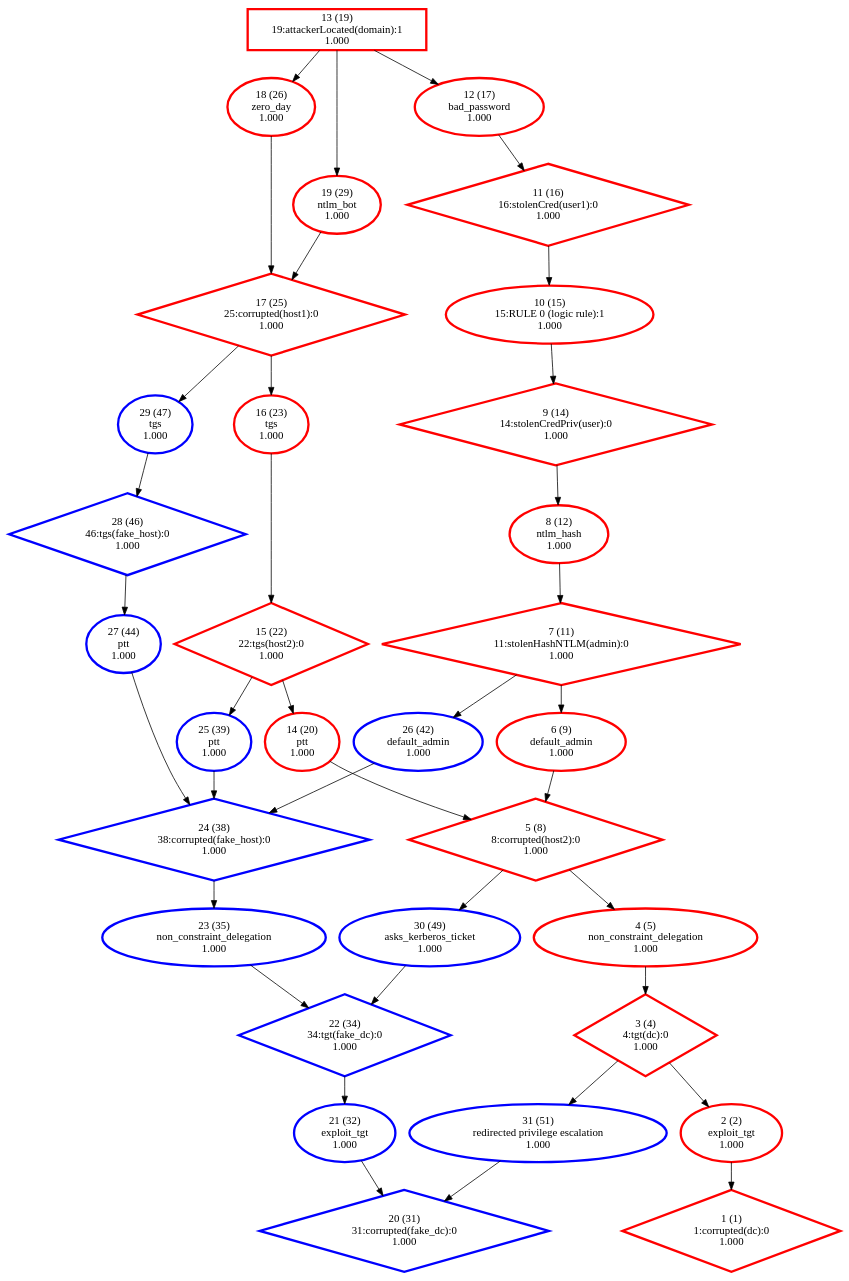
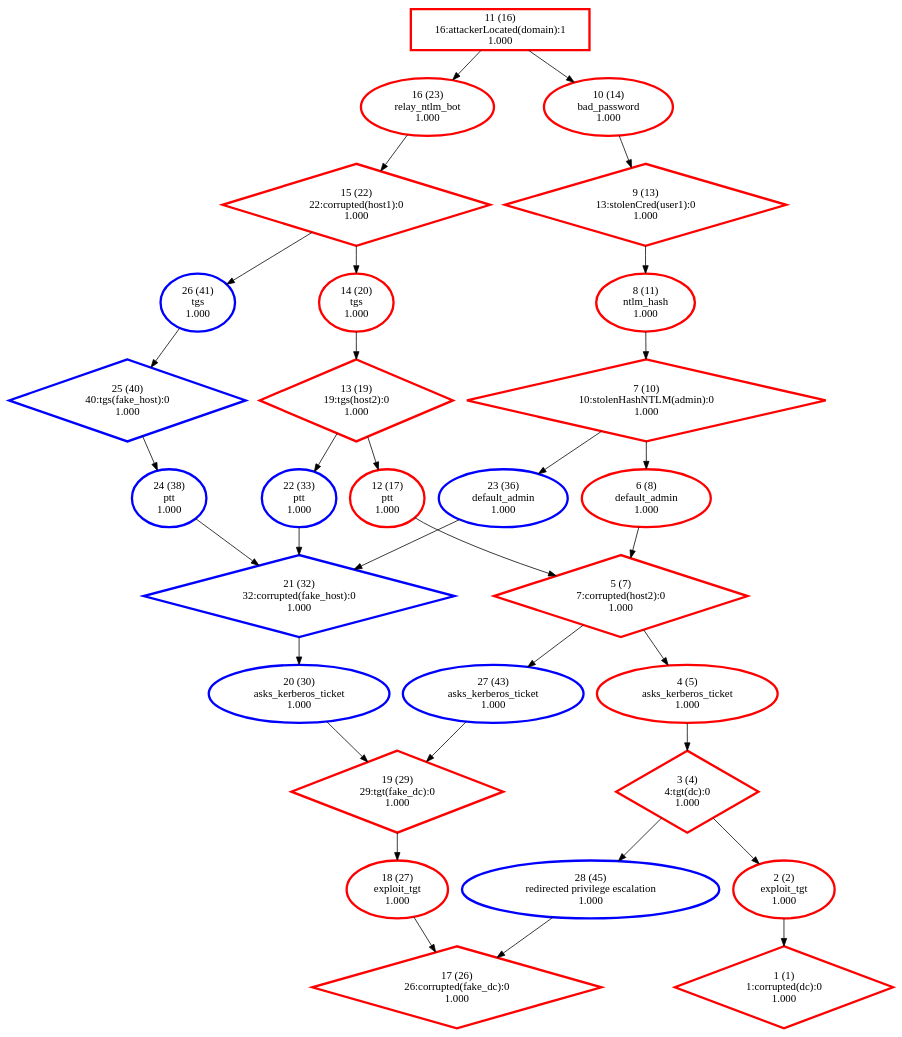
One commit to NathanaeldeLaChesnais/attacker_profiling_for_BAG_with_honeypots changed the diagram in Personnal_simulations/output_HightLevel/strongly_connected_components/BAG_ref.dot. Above: the diagram before and after it, drawn with Graphviz. The commit also changed 34 other files, not shown here.

```diff
--- a/Personnal_simulations/output_HightLevel/strongly_connected_components/BAG_ref.dot
+++ b/Personnal_simulations/output_HightLevel/strongly_connected_components/BAG_ref.dot
@@ -1,69 +1,62 @@
 digraph G {
   1 [label="1 (1)\n1:corrupted(dc):0\n1.000", color="#FF0000", penwidth=3, shape="diamond"];
   2 [label="2 (2)\nexploit_tgt\n1.000", color="#FF0000", penwidth=3, shape="ellipse"];
   3 [label="3 (4)\n4:tgt(dc):0\n1.000", color="#FF0000", penwidth=3, shape="diamond"];
-  4 [label="4 (5)\nnon_constraint_delegation\n1.000", color="#FF0000", penwidth=3, shape="ellipse"];
-  5 [label="5 (8)\n8:corrupted(host2):0\n1.000", color="#FF0000", penwidth=3, shape="diamond"];
-  6 [label="6 (9)\ndefault_admin\n1.000", color="#FF0000", penwidth=3, shape="ellipse"];
-  7 [label="7 (11)\n11:stolenHashNTLM(admin):0\n1.000", color="#FF0000", penwidth=3, shape="diamond"];
-  8 [label="8 (12)\nntlm_hash\n1.000", color="#FF0000", penwidth=3, shape="ellipse"];
-  9 [label="9 (14)\n14:stolenCredPriv(user):0\n1.000", color="#FF0000", penwidth=3, shape="diamond"];
-  10 [label="10 (15)\n15:RULE 0 (logic rule):1\n1.000", color="#FF0000", penwidth=3, shape="ellipse"];
-  11 [label="11 (16)\n16:stolenCred(user1):0\n1.000", color="#FF0000", penwidth=3, shape="diamond"];
-  12 [label="12 (17)\nbad_password\n1.000", color="#FF0000", penwidth=3, shape="ellipse"];
-  13 [label="13 (19)\n19:attackerLocated(domain):1\n1.000", color="#FF0000", penwidth=3, shape="box"];
-  14 [label="14 (20)\nptt\n1.000", color="#FF0000", penwidth=3, shape="ellipse"];
-  15 [label="15 (22)\n22:tgs(host2):0\n1.000", color="#FF0000", penwidth=3, shape="diamond"];
-  16 [label="16 (23)\ntgs\n1.000", color="#FF0000", penwidth=3, shape="ellipse"];
-  17 [label="17 (25)\n25:corrupted(host1):0\n1.000", color="#FF0000", penwidth=3, shape="diamond"];
-  18 [label="18 (26)\nzero_day\n1.000", color="#FF0000", penwidth=3, shape="ellipse"];
-  19 [label="19 (29)\nntlm_bot\n1.000", color="#FF0000", penwidth=3, shape="ellipse"];
-  20 [label="20 (31)\n31:corrupted(fake_dc):0\n1.000", color="blue", penwidth=3, shape="diamond"];
-  21 [label="21 (32)\nexploit_tgt\n1.000", color="blue", penwidth=3, shape="ellipse"];
-  22 [label="22 (34)\n34:tgt(fake_dc):0\n1.000", color="blue", penwidth=3, shape="diamond"];
-  23 [label="23 (35)\nnon_constraint_delegation\n1.000", color="blue", penwidth=3, shape="ellipse"];
-  24 [label="24 (38)\n38:corrupted(fake_host):0\n1.000", color="blue", penwidth=3, shape="diamond"];
-  25 [label="25 (39)\nptt\n1.000", color="blue", penwidth=3, shape="ellipse"];
-  26 [label="26 (42)\ndefault_admin\n1.000", color="blue", penwidth=3, shape="ellipse"];
-  27 [label="27 (44)\nptt\n1.000", color="blue", penwidth=3, shape="ellipse"];
-  28 [label="28 (46)\n46:tgs(fake_host):0\n1.000", color="blue", penwidth=3, shape="diamond"];
-  29 [label="29 (47)\ntgs\n1.000", color="blue", penwidth=3, shape="ellipse"];
-  30 [label="30 (49)\nasks_kerberos_ticket\n1.000", color="blue", penwidth=3, shape="ellipse"];
-  31 [label="31 (51)\nredirected privilege escalation\n1.000", color="blue", penwidth=3, shape="ellipse"];
-  "13" -> "12";
-  "13" -> "18";
-  "13" -> "19";
-  "12" -> "11";
+  4 [label="4 (5)\nasks_kerberos_ticket\n1.000", color="#FF0000", penwidth=3, shape="ellipse"];
+  5 [label="5 (7)\n7:corrupted(host2):0\n1.000", color="#FF0000", penwidth=3, shape="diamond"];
+  6 [label="6 (8)\ndefault_admin\n1.000", color="#FF0000", penwidth=3, shape="ellipse"];
+  7 [label="7 (10)\n10:stolenHashNTLM(admin):0\n1.000", color="#FF0000", penwidth=3, shape="diamond"];
+  8 [label="8 (11)\nntlm_hash\n1.000", color="#FF0000", penwidth=3, shape="ellipse"];
+  9 [label="9 (13)\n13:stolenCred(user1):0\n1.000", color="#FF0000", penwidth=3, shape="diamond"];
+  10 [label="10 (14)\nbad_password\n1.000", color="#FF0000", penwidth=3, shape="ellipse"];
+  11 [label="11 (16)\n16:attackerLocated(domain):1\n1.000", color="#FF0000", penwidth=3, shape="box"];
+  12 [label="12 (17)\nptt\n1.000", color="#FF0000", penwidth=3, shape="ellipse"];
+  13 [label="13 (19)\n19:tgs(host2):0\n1.000", color="#FF0000", penwidth=3, shape="diamond"];
+  14 [label="14 (20)\ntgs\n1.000", color="#FF0000", penwidth=3, shape="ellipse"];
+  15 [label="15 (22)\n22:corrupted(host1):0\n1.000", color="#FF0000", penwidth=3, shape="diamond"];
+  16 [label="16 (23)\nrelay_ntlm_bot\n1.000", color="#FF0000", penwidth=3, shape="ellipse"];
+  17 [label="17 (26)\n26:corrupted(fake_dc):0\n1.000", color="#FF0000", penwidth=3, shape="diamond"];
+  18 [label="18 (27)\nexploit_tgt\n1.000", color="#FF0000", penwidth=3, shape="ellipse"];
+  19 [label="19 (29)\n29:tgt(fake_dc):0\n1.000", color="#FF0000", penwidth=3, shape="diamond"];
+  20 [label="20 (30)\nasks_kerberos_ticket\n1.000", color="blue", penwidth=3, shape="ellipse"];
+  21 [label="21 (32)\n32:corrupted(fake_host):0\n1.000", color="blue", penwidth=3, shape="diamond"];
+  22 [label="22 (33)\nptt\n1.000", color="blue", penwidth=3, shape="ellipse"];
+  23 [label="23 (36)\ndefault_admin\n1.000", color="blue", penwidth=3, shape="ellipse"];
+  24 [label="24 (38)\nptt\n1.000", color="blue", penwidth=3, shape="ellipse"];
+  25 [label="25 (40)\n40:tgs(fake_host):0\n1.000", color="blue", penwidth=3, shape="diamond"];
+  26 [label="26 (41)\ntgs\n1.000", color="blue", penwidth=3, shape="ellipse"];
+  27 [label="27 (43)\nasks_kerberos_ticket\n1.000", color="blue", penwidth=3, shape="ellipse"];
+  28 [label="28 (45)\nredirected privilege escalation\n1.000", color="blue", penwidth=3, shape="ellipse"];
   "11" -> "10";
+  "11" -> "16";
   "10" -> "9";
   "9" -> "8";
   "8" -> "7";
   "7" -> "6";
-  "7" -> "26";
+  "7" -> "23";
   "6" -> "5";
   "5" -> "4";
-  "5" -> "30";
-  "18" -> "17";
-  "17" -> "16";
-  "17" -> "29";
-  "19" -> "17";
+  "5" -> "27";
   "16" -> "15";
   "15" -> "14";
-  "15" -> "25";
-  "14" -> "5";
+  "15" -> "26";
+  "14" -> "13";
+  "13" -> "12";
+  "13" -> "22";
+  "12" -> "5";
   "4" -> "3";
   "3" -> "2";
-  "3" -> "31";
+  "3" -> "28";
   "2" -> "1";
+  "22" -> "21";
+  "21" -> "20";
+  "23" -> "21";
+  "26" -> "25";
   "25" -> "24";
-  "24" -> "23";
-  "26" -> "24";
-  "29" -> "28";
-  "28" -> "27";
-  "27" -> "24";
-  "23" -> "22";
-  "22" -> "21";
-  "30" -> "22";
-  "21" -> "20";
-  "31" -> "20";
+  "24" -> "21";
+  "20" -> "19";
+  "19" -> "18";
+  "27" -> "19";
+  "18" -> "17";
+  "28" -> "17";
 }
```
